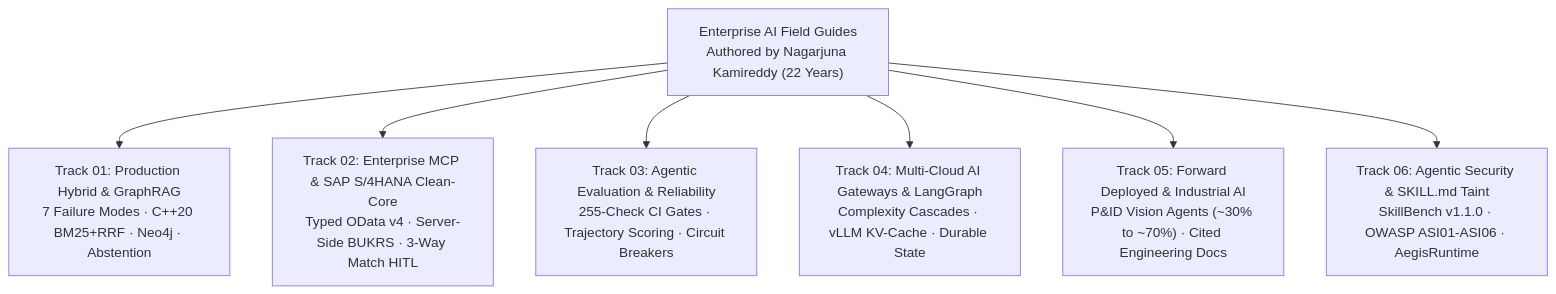
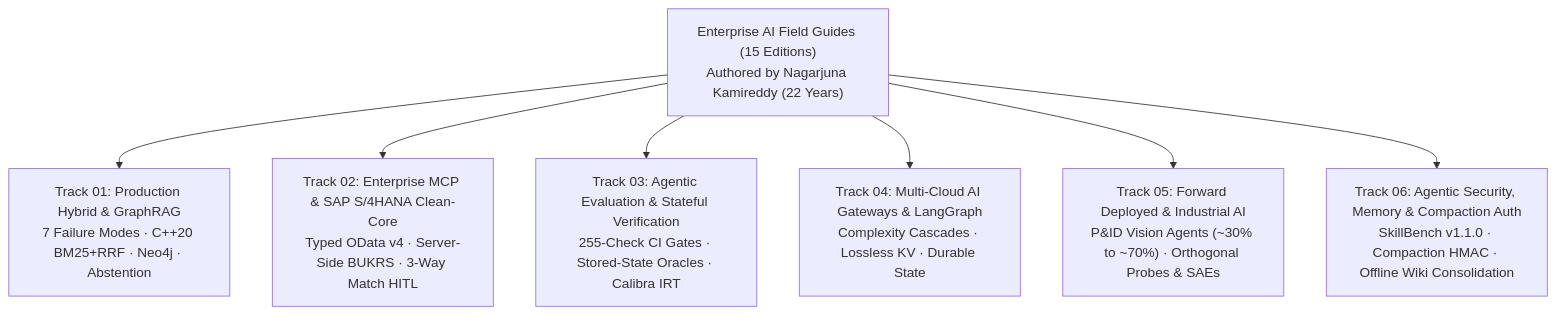
Before and after one commit to nagarjunak-pixel/enterprise-ai-field-guides: the diagram in README.md, drawn with Mermaid. The commit also changed other lines of this file and 6 other files, not shown here.

Commit message:
Publish Field Guides FG-07 and FG-08 (15 open-access editions) and update public repository links

````diff
--- a/README.md
+++ b/README.md
@@ -15,16 +15,16 @@
 ```mermaid
 flowchart TD
-    Root["Enterprise AI Field Guides
+    Root["Enterprise AI Field Guides (15 Editions)
 Authored by Nagarjuna Kamireddy (22 Years)"] --> T1["Track 01: Production Hybrid & GraphRAG
 7 Failure Modes · C++20 BM25+RRF · Neo4j · Abstention"]
     Root --> T2["Track 02: Enterprise MCP & SAP S/4HANA Clean-Core
 Typed OData v4 · Server-Side BUKRS · 3-Way Match HITL"]
-    Root --> T3["Track 03: Agentic Evaluation & Reliability
-255-Check CI Gates · Trajectory Scoring · Circuit Breakers"]
+    Root --> T3["Track 03: Agentic Evaluation & Stateful Verification
+255-Check CI Gates · Stored-State Oracles · Calibra IRT"]
     Root --> T4["Track 04: Multi-Cloud AI Gateways & LangGraph
-Complexity Cascades · vLLM KV-Cache · Durable State"]
+Complexity Cascades · Lossless KV · Durable State"]
     Root --> T5["Track 05: Forward Deployed & Industrial AI
-P&ID Vision Agents (~30% to ~70%) · Cited Engineering Docs"]
-    Root --> T6["Track 06: Agentic Security & SKILL.md Taint
-SkillBench v1.1.0 · OWASP ASI01-ASI06 · AegisRuntime"]
+P&ID Vision Agents (~30% to ~70%) · Orthogonal Probes & SAEs"]
+    Root --> T6["Track 06: Agentic Security, Memory & Compaction Auth
+SkillBench v1.1.0 · Compaction HMAC · Offline Wiki Consolidation"]
 ```
````
